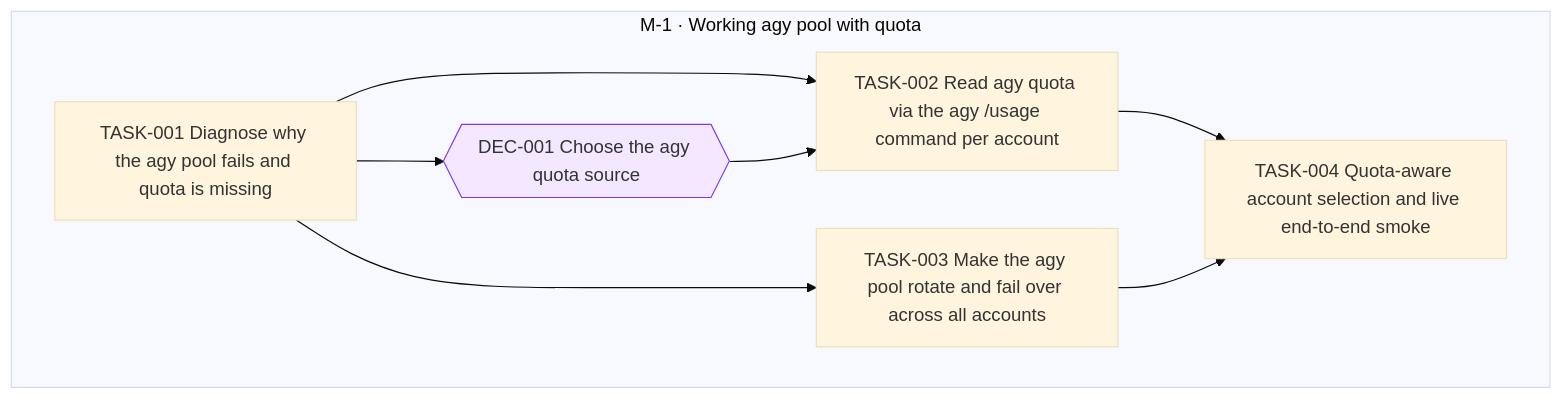
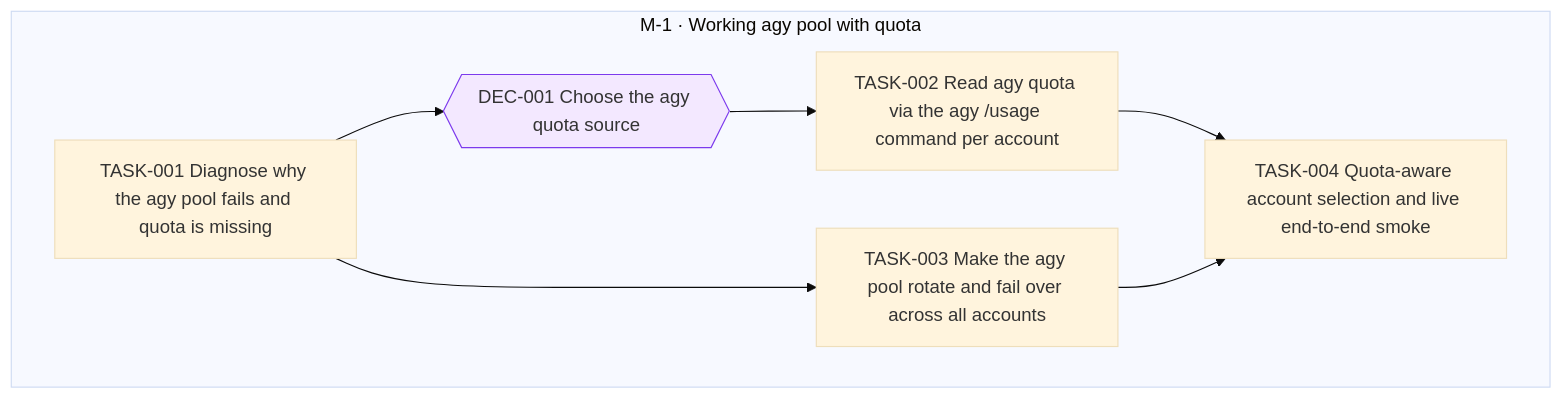
Before and after one commit to jesusvillota/shunt: the diagram in goals/agy-pool/README.md, drawn with Mermaid (base theme). The commit also changed 2 other files, not shown here.

Commit message:
goal(agy-pool): unlink TASK-002 after TASK-001

````diff
--- a/goals/agy-pool/README.md
+++ b/goals/agy-pool/README.md
@@ -19,20 +19,19 @@
 ```mermaid
 flowchart TD
   subgraph M_1["M-1 · Working agy pool with quota"]
     DEC_001{{"DEC-001 Choose the agy quota source"}}
     TASK_001["TASK-001 Diagnose why the agy pool fails and quota is missing"]
     TASK_002["TASK-002 Read agy quota via the agy /usage command per account"]
     TASK_003["TASK-003 Make the agy pool rotate and fail over across all accounts"]
     TASK_004["TASK-004 Quota-aware account selection and live end-to-end smoke"]
   end
   TASK_001 --> DEC_001
-  TASK_001 --> TASK_002
   DEC_001 --> TASK_002
   TASK_001 --> TASK_003
   TASK_002 --> TASK_004
   TASK_003 --> TASK_004
   classDef draft stroke-dasharray: 4 3
   classDef cancelled opacity:0.45
   classDef decision fill:#f3e8ff,stroke:#7c3aed
   class DEC_001 decision
 ```
````
